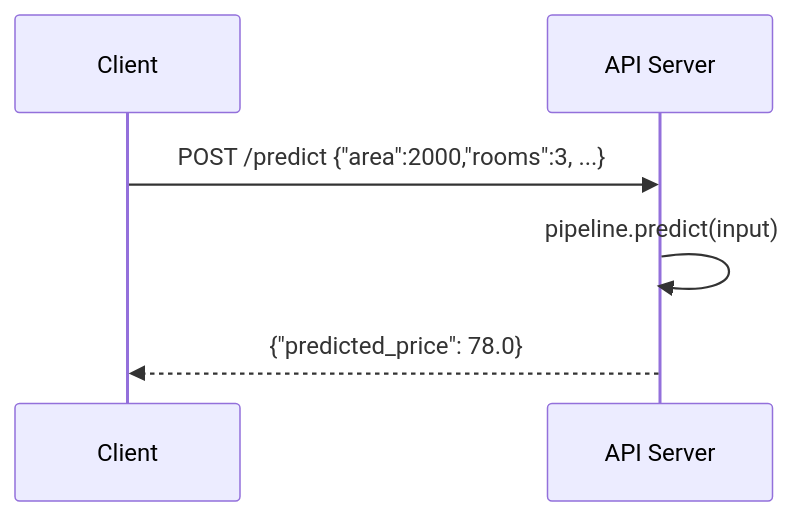
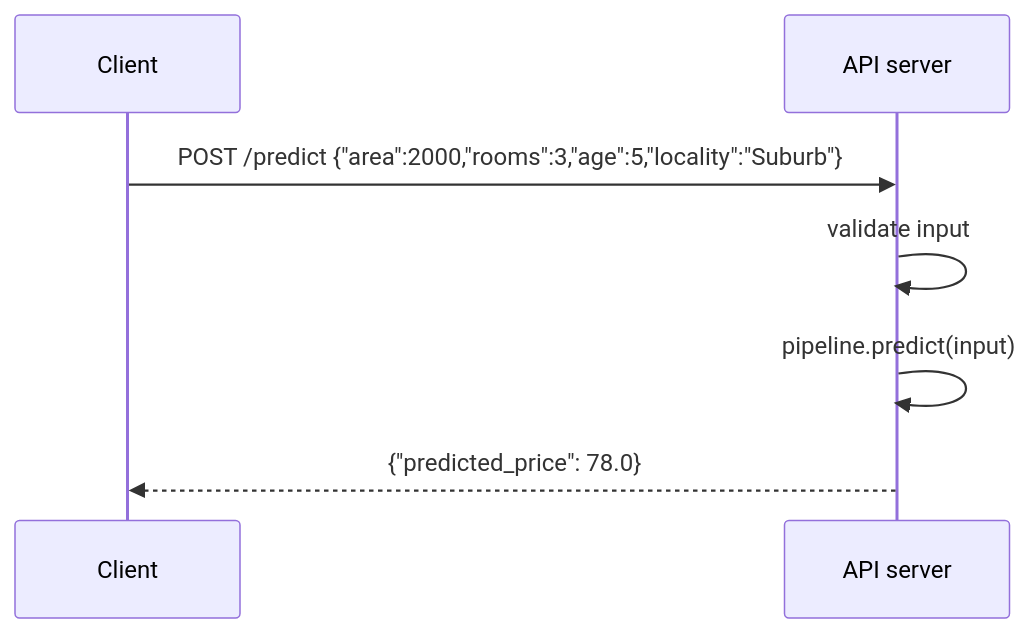
Before and after one commit to mhd-riaz/data-scientist-roadmap: the third of 3 diagrams in semester-1/05-supervised-ml-regression/notes/06-deployment-and-case-study.md, drawn with Mermaid. The commit also changed other lines of this file and 5 other files, not shown here.

````diff
--- a/semester-1/05-supervised-ml-regression/notes/06-deployment-and-case-study.md
+++ b/semester-1/05-supervised-ml-regression/notes/06-deployment-and-case-study.md
@@ -120,8 +215,9 @@
 ```mermaid
 sequenceDiagram
     participant Client
-    participant API Server
-    Client->>API Server: POST /predict {"area":2000,"rooms":3, ...}
-    API Server->>API Server: pipeline.predict(input)
-    API Server-->>Client: {"predicted_price": 78.0}
+    participant API as API server
+    Client->>API: POST /predict {"area":2000,"rooms":3,"age":5,"locality":"Suburb"}
+    API->>API: validate input
+    API->>API: pipeline.predict(input)
+    API-->>Client: {"predicted_price": 78.0}
 ```
````
